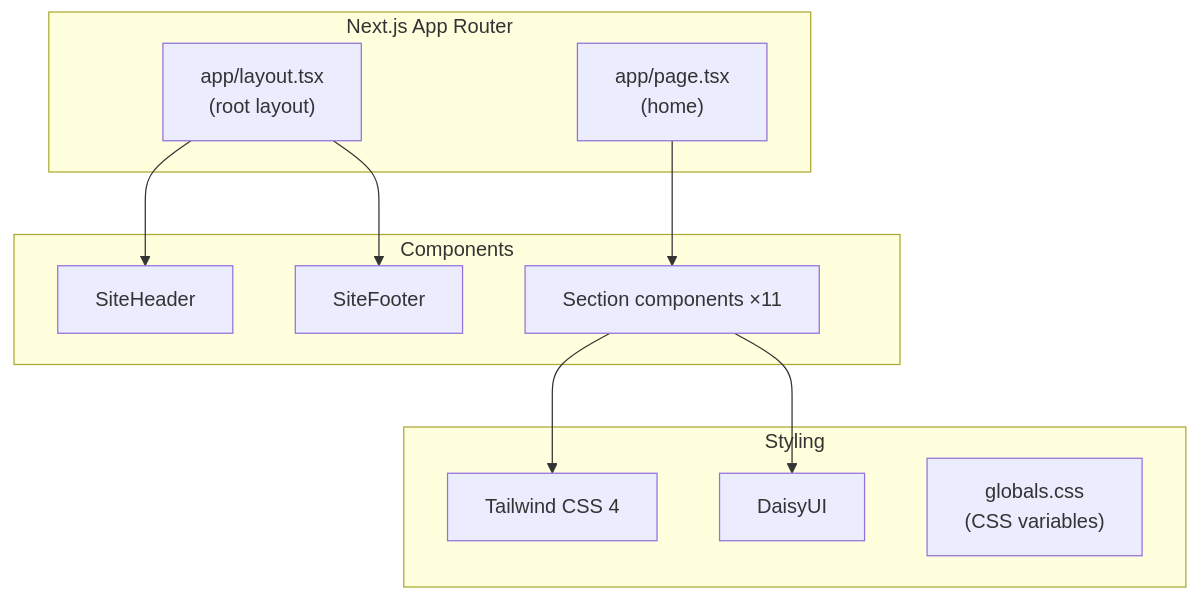
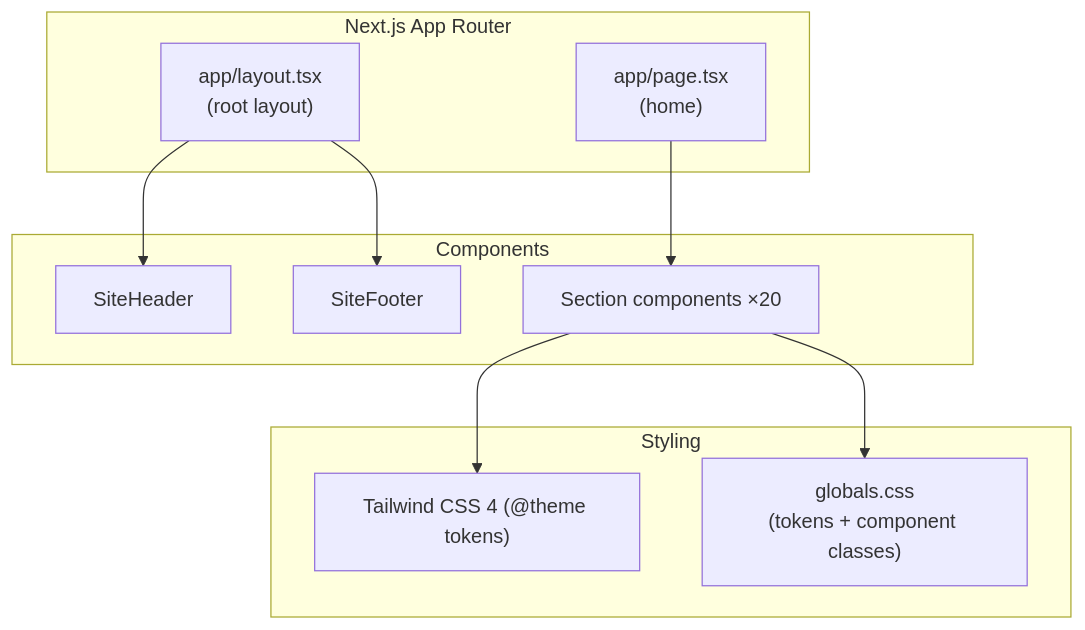
Before and after one commit to DevOpsKev/kevinryan-io: the diagram in docs/sites/kevinryan-io.md, drawn with Mermaid. The commit also changed other lines of this file and 5 other files, not shown here.

````diff
--- a/docs/sites/kevinryan-io.md
+++ b/docs/sites/kevinryan-io.md
@@ -23,23 +22,22 @@
 ```mermaid
 graph TD
     subgraph app["Next.js App Router"]
         layout["app/layout.tsx<br/>(root layout)"]
         home["app/page.tsx<br/>(home)"]
     end
 
     subgraph components["Components"]
         header["SiteHeader"]
         footer["SiteFooter"]
-        sections["Section components ×11"]
+        sections["Section components ×20"]
     end
 
     subgraph styling["Styling"]
-        tw["Tailwind CSS 4"]
-        daisy["DaisyUI"]
-        globals["globals.css<br/>(CSS variables)"]
+        tw["Tailwind CSS 4 (@theme tokens)"]
+        globals["globals.css<br/>(tokens + component classes)"]
     end
 
     layout --> header & footer
     home --> sections
-    sections --> tw & daisy
+    sections --> tw & globals
 ```
````
